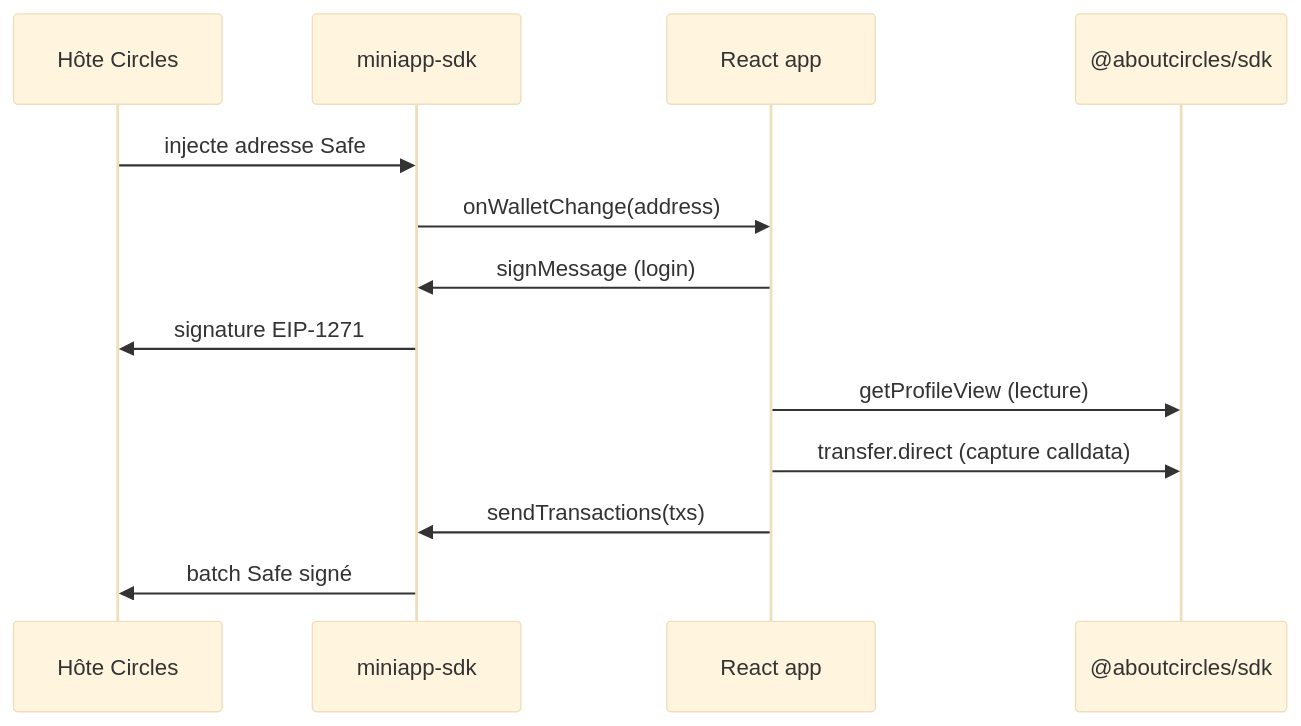
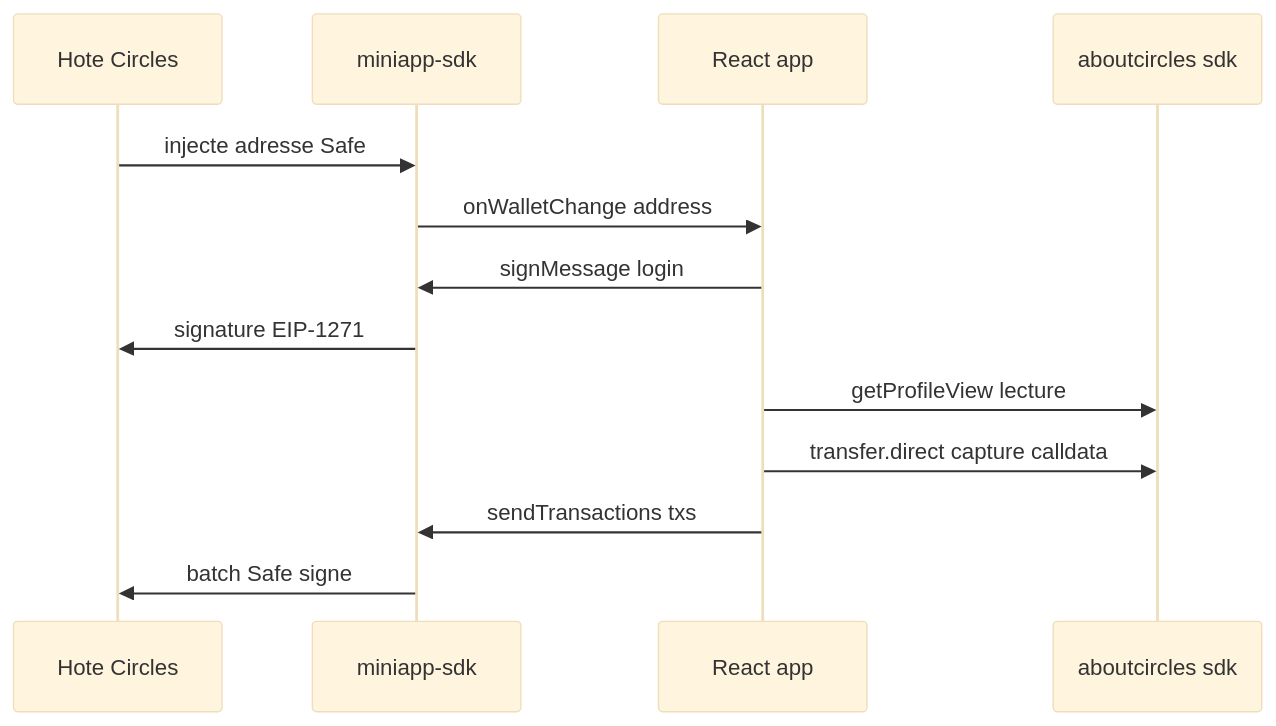
The second of 5 diagrams in docs/02-architecture.md (gnosis-box/THP-for-Good), drawn with Mermaid (base theme) before and after one commit. The commit also changed other lines of this file and 7 other files, not shown here.

````diff
--- a/docs/02-architecture.md
+++ b/docs/02-architecture.md
@@ -59,16 +74,16 @@
 ```mermaid
 sequenceDiagram
-  participant H as Hôte Circles
+  participant H as Hote Circles
   participant MA as miniapp-sdk
   participant App as React app
-  participant SDK as @aboutcircles/sdk
+  participant SDK as aboutcircles sdk
 
   H->>MA: injecte adresse Safe
-  MA->>App: onWalletChange(address)
-  App->>MA: signMessage (login)
+  MA->>App: onWalletChange address
+  App->>MA: signMessage login
   MA->>H: signature EIP-1271
-  App->>SDK: getProfileView (lecture)
-  App->>SDK: transfer.direct (capture calldata)
-  App->>MA: sendTransactions(txs)
-  MA->>H: batch Safe signé
+  App->>SDK: getProfileView lecture
+  App->>SDK: transfer.direct capture calldata
+  App->>MA: sendTransactions txs
+  MA->>H: batch Safe signe
 ```
````
